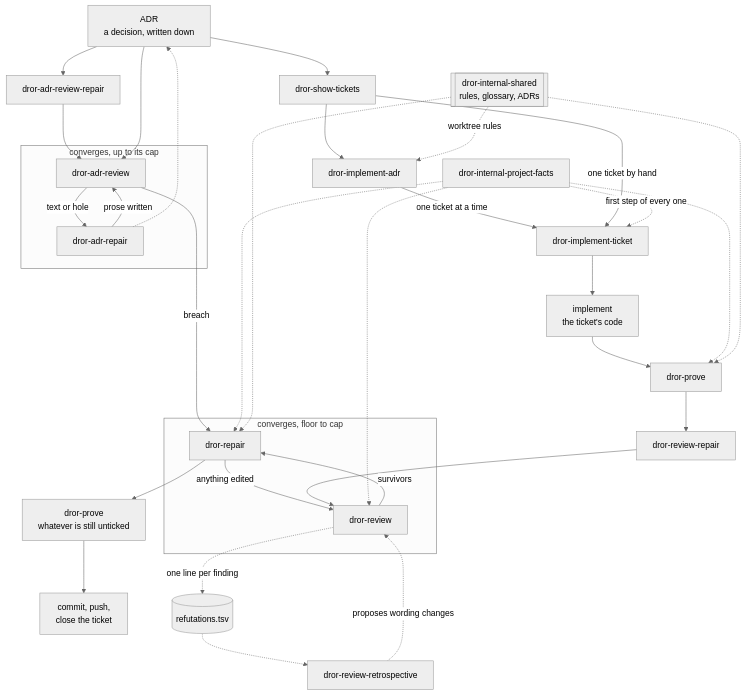
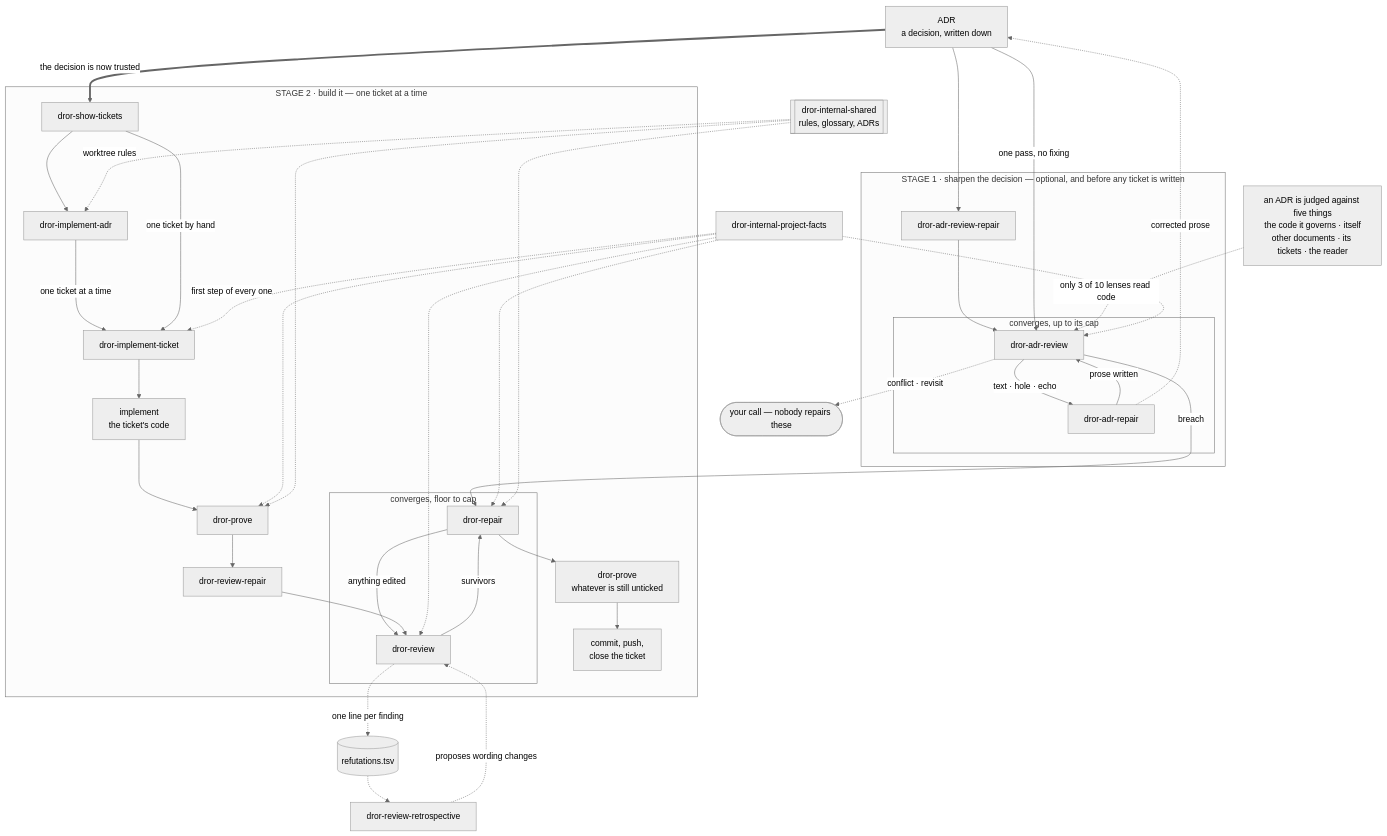
Before and after one commit to drormeir/dror-skills: the diagram in STRUCTURE.md, drawn with Mermaid (neutral theme). The commit also changed other lines of this file and 1 other file, not shown here.

Commit message:
The pipeline reads as two stages, and the ADR pair has an occasion
The README and the diagram both said what dror-adr-review and its loop *are*
and never when to reach for them, so a reader met three skills with no occasion
and a picture drawing "sharpen the ADR" and "cut its tickets" as two arrows out
of one node — a choice, not a sequence.

The flow is now two labelled stages with a thick hand-off between them, and the
diagram carries the five axes an ADR is judged against, since that is what makes
one read worth taking. The README says the pass belongs before the tickets are
written, and why: everything downstream takes the decision on trust, so a
sentence that quietly stopped being true costs the tickets too.

````diff
--- a/STRUCTURE.md
+++ b/STRUCTURE.md
@@ -68,49 +71,62 @@
 ```mermaid
 flowchart TD
     ADR["ADR<br/>a decision, written down"]
 
-    ADR --> ARR[dror-adr-review-repair]
-    ARR --> AR
+    subgraph sharpen ["STAGE 1 · sharpen the decision — optional, and before any ticket is written"]
+        ARR[dror-adr-review-repair]
 
-    subgraph adrloop ["converges, up to its cap"]
-        AR[dror-adr-review] -->|text or hole| ARP[dror-adr-repair]
-        ARP -->|prose written| AR
+        subgraph adrloop ["converges, up to its cap"]
+            AR[dror-adr-review] -->|"text · hole · echo"| ARP[dror-adr-repair]
+            ARP -->|prose written| AR
+        end
+
+        ARR --> AR
     end
 
-    ADR --> AR
-    AR -->|breach| RP
-    ARP -.-> ADR
+    ADR --> ARR
+    ADR -->|"one pass, no fixing"| AR
+    ARP -.->|corrected prose| ADR
 
-    ADR --> ST[dror-show-tickets]
-    ST --> IA[dror-implement-adr]
-    IA -->|one ticket at a time| IT[dror-implement-ticket]
-    ST -->|one ticket by hand| IT
+    AXES["an ADR is judged against five things<br/>the code it governs · itself<br/>other documents · its tickets · the reader"]
+    AXES -.->|only 3 of 10 lenses read code| AR
 
-    IT --> IMPL["implement<br/>the ticket's code"]
-    IMPL --> PV[dror-prove]
-    PV --> RR[dror-review-repair]
+    AR -.->|"conflict · revisit"| YOU(["your call — nobody repairs these"])
 
-    subgraph loop ["converges, floor to cap"]
-        RV[dror-review] -->|survivors| RP[dror-repair]
-        RP -->|anything edited| RV
+    subgraph build ["STAGE 2 · build it — one ticket at a time"]
+        ST[dror-show-tickets] --> IA[dror-implement-adr]
+        IA -->|one ticket at a time| IT[dror-implement-ticket]
+        ST -->|one ticket by hand| IT
+
+        IT --> IMPL["implement<br/>the ticket's code"]
+        IMPL --> PV[dror-prove]
+        PV --> RR[dror-review-repair]
+
+        subgraph loop ["converges, floor to cap"]
+            RV[dror-review] -->|survivors| RP[dror-repair]
+            RP -->|anything edited| RV
+        end
+
+        RR --> RV
+        RP --> PV2["dror-prove<br/>whatever is still unticked"]
+        PV2 --> CM["commit, push,<br/>close the ticket"]
     end
 
-    RR --> RV
-    RP --> PV2["dror-prove<br/>whatever is still unticked"]
-    PV2 --> CM["commit, push,<br/>close the ticket"]
+    ADR ==>|"the decision is now trusted"| ST
+    AR -->|breach| RP
 
     RV -.->|one line per finding| LOG[("refutations.tsv")]
     LOG -.-> RETRO[dror-review-retrospective]
     RETRO -.->|proposes wording changes| RV
 
     PF[dror-internal-project-facts]
     PF -.->|first step of every one| IT
     PF -.-> PV
     PF -.-> RV
     PF -.-> RP
+    PF -.-> AR
 
     SH[["dror-internal-shared<br/>rules, glossary, ADRs"]]
     SH -.-> PV
     SH -.-> RP
     SH -.->|worktree rules| IA
 ```
````
